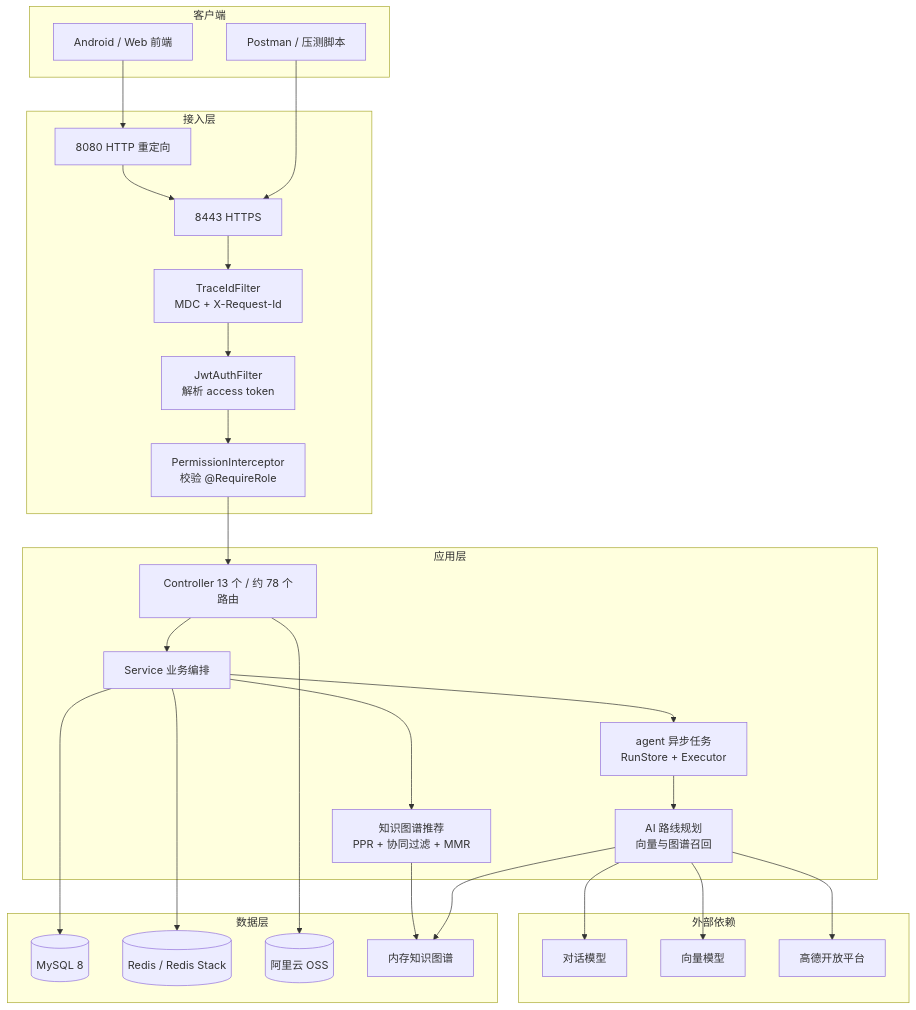
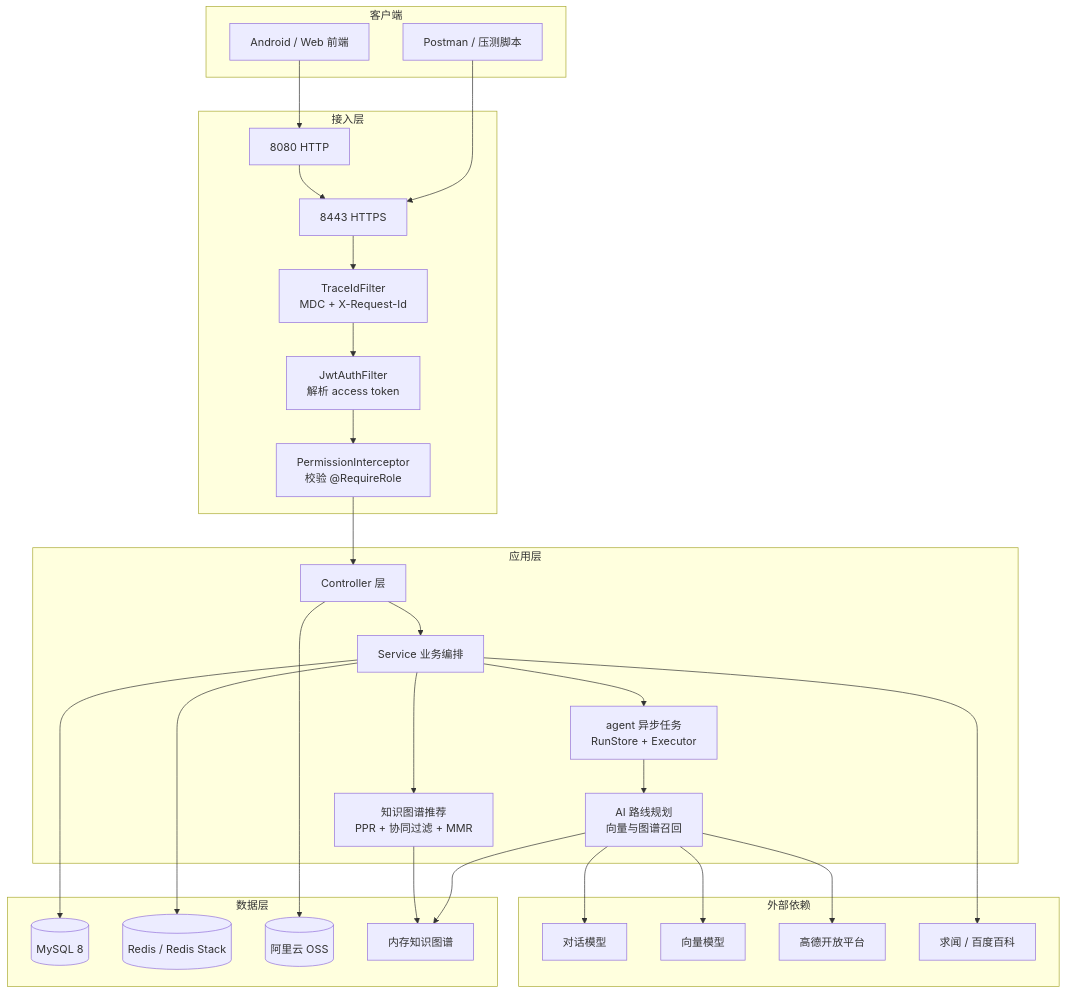
Before and after one commit to Viyangle/study_tour: the first of 3 diagrams in docs/architecture.md, drawn with Mermaid. The commit also changed other lines of this file and 101 other files, not shown here.

````diff
--- a/docs/architecture.md
+++ b/docs/architecture.md
@@ -35,49 +35,51 @@
 ```mermaid
 graph TB
     subgraph Client["客户端"]
         APP["Android / Web 前端"]
         PM["Postman / 压测脚本"]
     end
 
     subgraph Access["接入层"]
-        REDIR["8080 HTTP 重定向"]
+        REDIR["8080 HTTP"]
         TLS["8443 HTTPS"]
         TRACE["TraceIdFilter<br/>MDC + X-Request-Id"]
         JWT["JwtAuthFilter<br/>解析 access token"]
         PERM["PermissionInterceptor<br/>校验 @RequireRole"]
     end
 
     subgraph App["应用层"]
-        CTRL["Controller 13 个 / 约 78 个路由"]
+        CTRL["Controller 层"]
         SVC["Service 业务编排"]
         AGENT["agent 异步任务<br/>RunStore + Executor"]
         AI["AI 路线规划<br/>向量与图谱召回"]
         REC["知识图谱推荐<br/>PPR + 协同过滤 + MMR"]
     end
 
     subgraph Data["数据层"]
         MYSQL[("MySQL 8")]
         REDIS[("Redis / Redis Stack")]
         OSS[("阿里云 OSS")]
         MEM["内存知识图谱"]
     end
 
     subgraph Ext["外部依赖"]
         LLM["对话模型"]
         EMB["向量模型"]
         AMAP["高德开放平台"]
+        GUIDE["求闻 / 百度百科"]
     end
 
     APP --> REDIR --> TLS --> TRACE --> JWT --> PERM --> CTRL
     PM --> TLS
     CTRL --> SVC
     SVC --> REC --> MEM
     SVC --> AGENT --> AI
     AI --> MEM
     AI --> EMB
     AI --> LLM
     AI --> AMAP
     SVC --> MYSQL
     SVC --> REDIS
+    SVC --> GUIDE
     CTRL --> OSS
 ```
````
